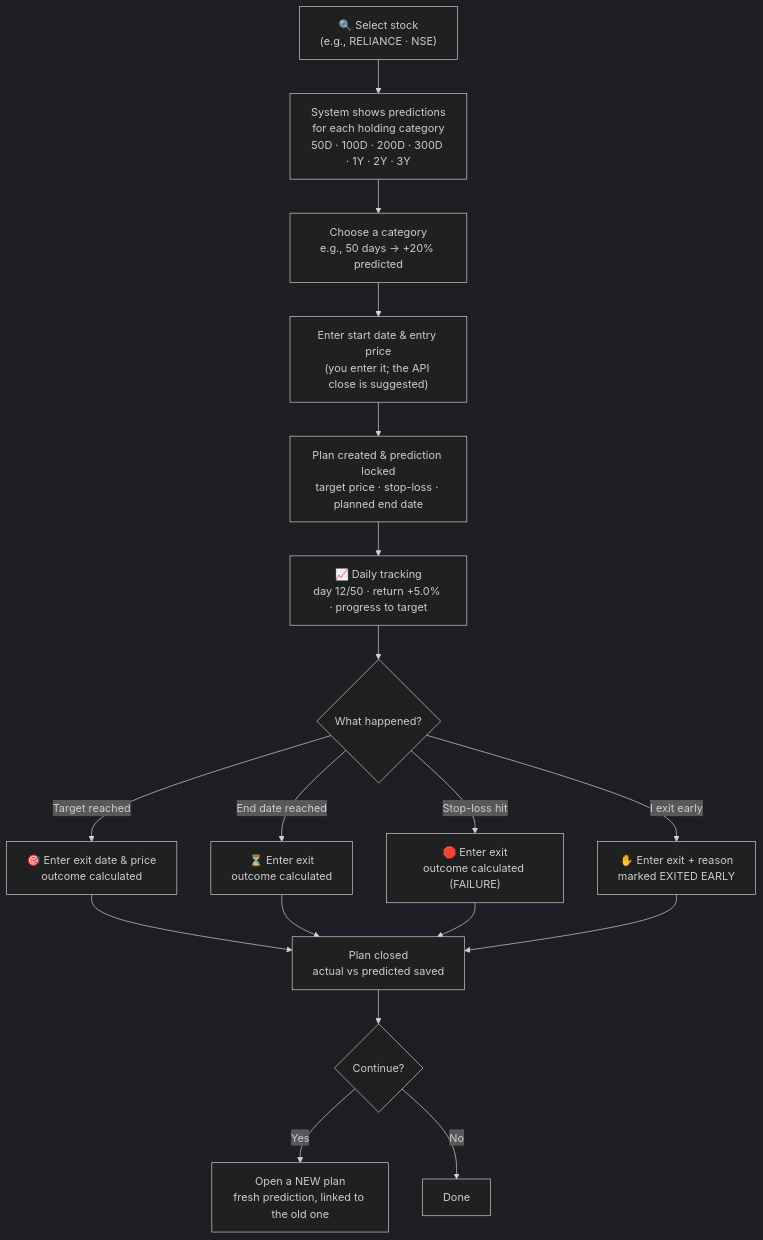
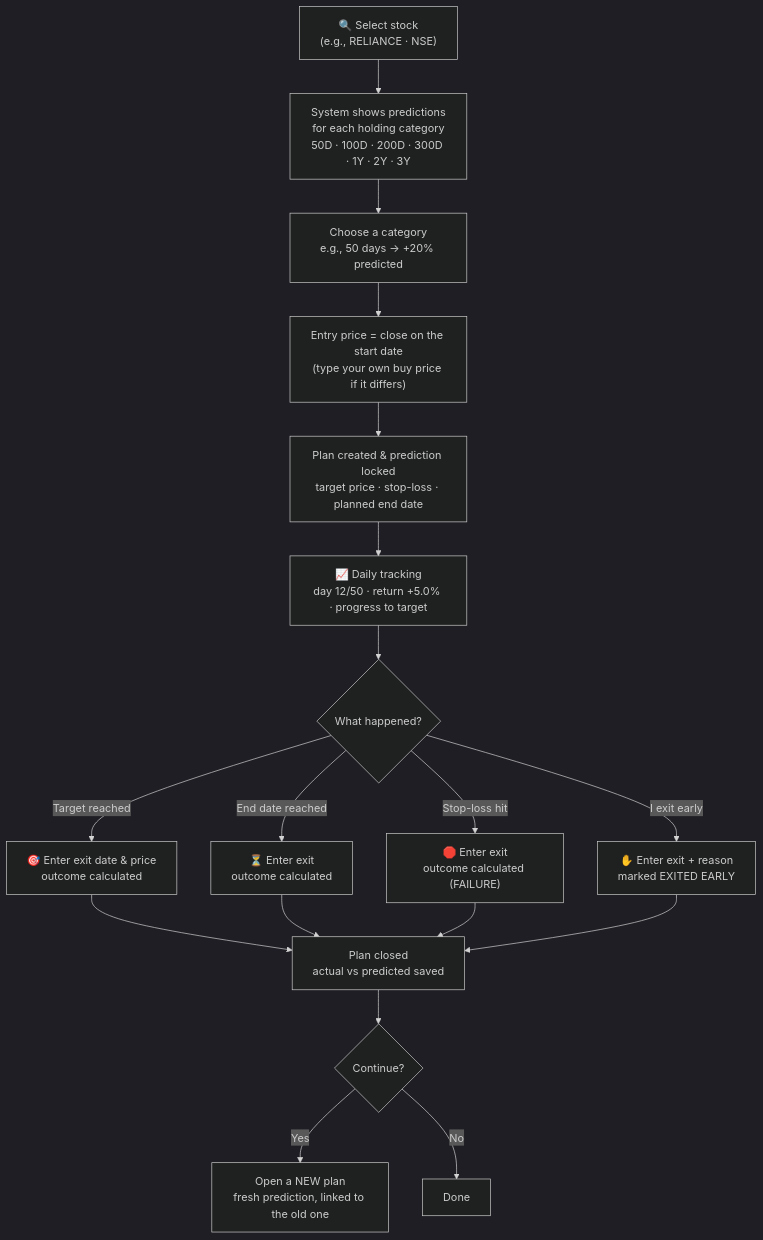
Before and after one commit to KarthickeyanSekar/Stock-Analyzer: the second of 3 diagrams in docs/15-trade-journal.md, drawn with Mermaid (dark theme). The commit also changed other lines of this file and 61 other files, not shown here.

````diff
--- a/docs/15-trade-journal.md
+++ b/docs/15-trade-journal.md
@@ -45,17 +47,17 @@
 ```mermaid
 flowchart TD
     A["🔍 Select stock<br/>(e.g., RELIANCE · NSE)"] --> B["System shows predictions<br/>for each holding category<br/>50D · 100D · 200D · 300D · 1Y · 2Y · 3Y"]
     B --> C["Choose a category<br/>e.g., 50 days → +20% predicted"]
-    C --> D["Enter start date & entry price<br/>(you enter it; the API close is suggested)"]
+    C --> D["Entry price = close on the start date<br/>(type your own buy price if it differs)"]
     D --> E["Plan created & prediction locked<br/>target price · stop-loss · planned end date"]
     E --> F["📈 Daily tracking<br/>day 12/50 · return +5.0% · progress to target"]
     F --> G{"What happened?"}
     G -->|Target reached| H["🎯 Enter exit date & price<br/>outcome calculated"]
     G -->|End date reached| I["⏳ Enter exit<br/>outcome calculated"]
     G -->|Stop-loss hit| J["🛑 Enter exit<br/>outcome calculated (FAILURE)"]
     G -->|I exit early| K["✋ Enter exit + reason<br/>marked EXITED EARLY"]
     H & I & J & K --> L["Plan closed<br/>actual vs predicted saved"]
     L --> M{"Continue?"}
     M -->|Yes| N["Open a NEW plan<br/>fresh prediction, linked to the old one"]
     M -->|No| O["Done"]
 ```
````
